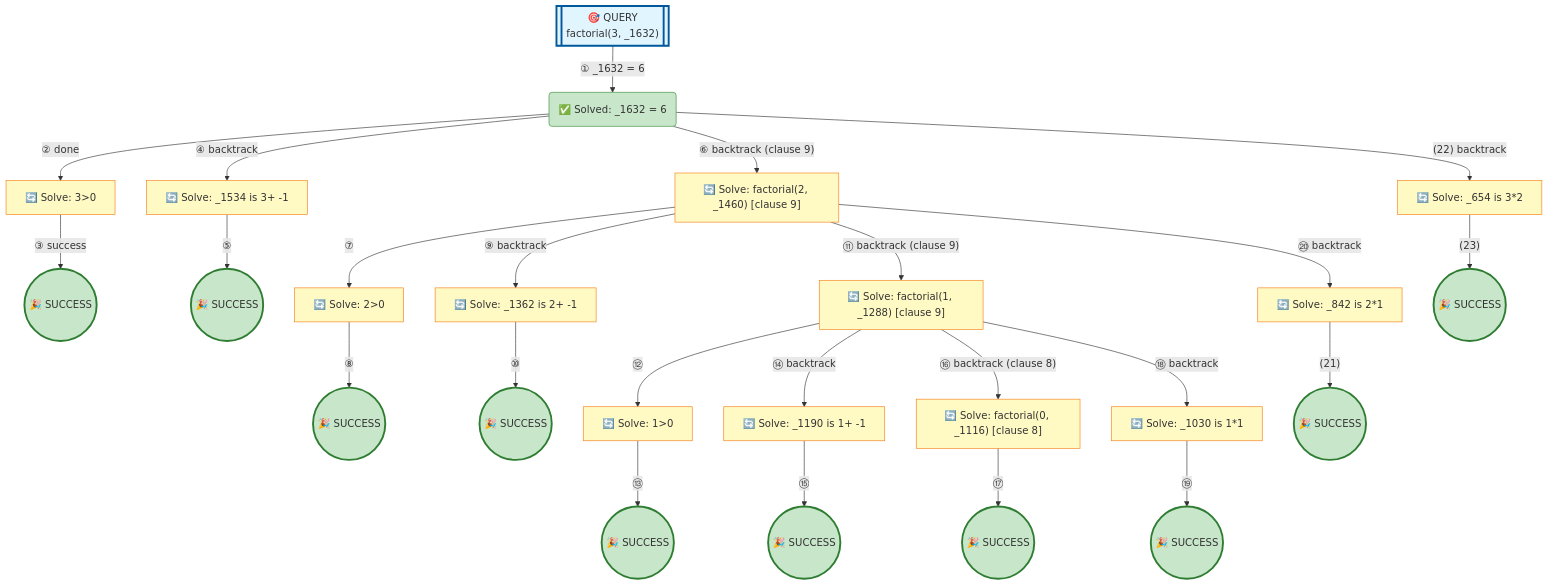
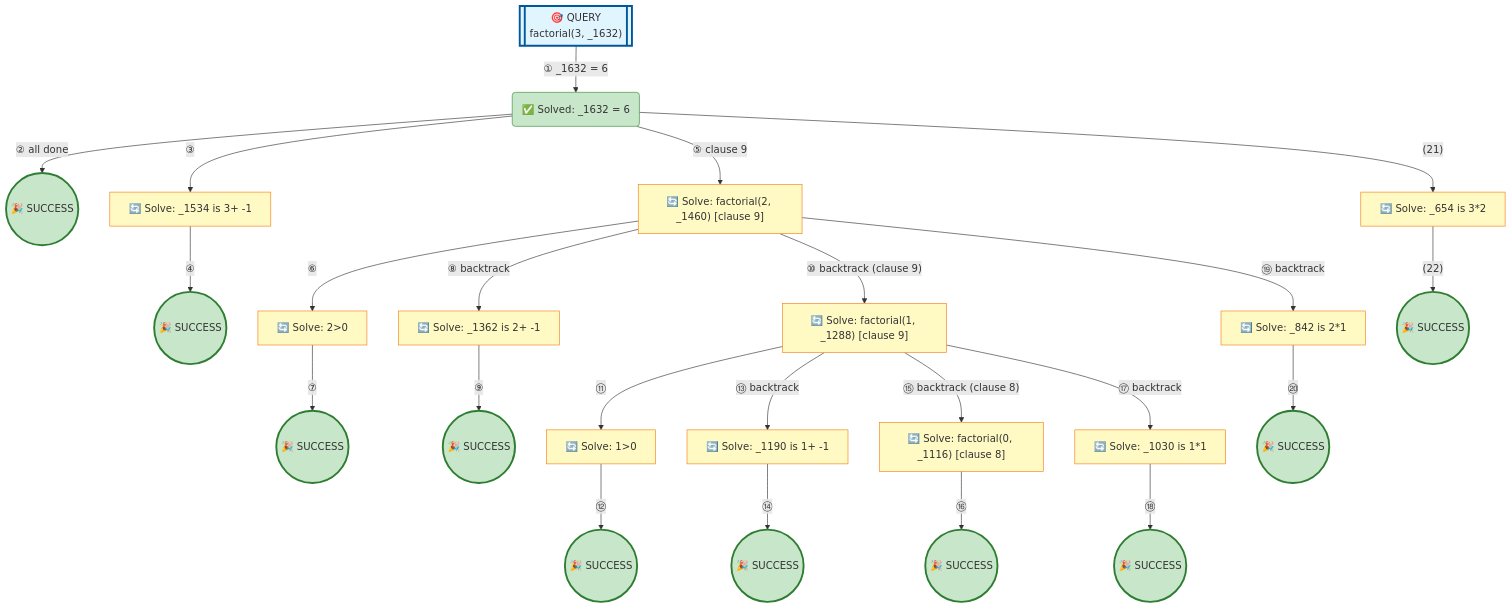
Before and after one commit to jarecsni/prolog-trace-viz: the diagram in examples/factorial-minimal.md, drawn with Mermaid. The commit also changed other lines of this file and 15 other files, not shown here.

````diff
--- a/examples/factorial-minimal.md
+++ b/examples/factorial-minimal.md
@@ -16,80 +16,77 @@
 ```mermaid
 graph TD
 
 %% Nodes
 A[["🎯 QUERY<br/>factorial(3, _1632)"]]
 B("✅ Solved: _1632 = 6")
-C["🔄 Solve: 3>0"]
 D(("🎉 SUCCESS"))
 E["🔄 Solve: _1534 is 3+ -1"]
 F(("🎉 SUCCESS"))
 G["🔄 Solve: factorial(2, _1460) [clause 9]"]
 H["🔄 Solve: 2>0"]
 I(("🎉 SUCCESS"))
 J["🔄 Solve: _1362 is 2+ -1"]
 K(("🎉 SUCCESS"))
 L["🔄 Solve: factorial(1, _1288) [clause 9]"]
 M["🔄 Solve: 1>0"]
 N(("🎉 SUCCESS"))
 O["🔄 Solve: _1190 is 1+ -1"]
 P(("🎉 SUCCESS"))
 Q["🔄 Solve: factorial(0, _1116) [clause 8]"]
 R(("🎉 SUCCESS"))
 S["🔄 Solve: _1030 is 1*1"]
 T(("🎉 SUCCESS"))
 U["🔄 Solve: _842 is 2*1"]
 V(("🎉 SUCCESS"))
 W["🔄 Solve: _654 is 3*2"]
 X(("🎉 SUCCESS"))
 
 %% Edges
 A -->|"① _1632 = 6"| B
-B -->|"② done"| C
-C -->|"③ success"| D
-B -->|"④ backtrack"| E
-E -->|"⑤"| F
-B -->|"⑥ backtrack (clause 9)"| G
-G -->|"⑦"| H
-H -->|"⑧"| I
-G -->|"⑨ backtrack"| J
-J -->|"⑩"| K
-G -->|"⑪ backtrack (clause 9)"| L
-L -->|"⑫"| M
-M -->|"⑬"| N
-L -->|"⑭ backtrack"| O
-O -->|"⑮"| P
-L -->|"⑯ backtrack (clause 8)"| Q
-Q -->|"⑰"| R
-L -->|"⑱ backtrack"| S
-S -->|"⑲"| T
-G -->|"⑳ backtrack"| U
-U -->|"(21)"| V
-B -->|"(22) backtrack"| W
-W -->|"(23)"| X
+B -->|"② all done"| D
+B -->|"③"| E
+E -->|"④"| F
+B -->|"⑤ clause 9"| G
+G -->|"⑥"| H
+H -->|"⑦"| I
+G -->|"⑧ backtrack"| J
+J -->|"⑨"| K
+G -->|"⑩ backtrack (clause 9)"| L
+L -->|"⑪"| M
+M -->|"⑫"| N
+L -->|"⑬ backtrack"| O
+O -->|"⑭"| P
+L -->|"⑮ backtrack (clause 8)"| Q
+Q -->|"⑯"| R
+L -->|"⑰ backtrack"| S
+S -->|"⑱"| T
+G -->|"⑲ backtrack"| U
+U -->|"⑳"| V
+B -->|"(21)"| W
+W -->|"(22)"| X
 
 %% Styles
 style A fill:#e1f5ff,stroke:#01579b,stroke-width:3px
 style B fill:#c8e6c9,stroke:#388e3c
-style C fill:#fff9c4,stroke:#f57f17
 style D fill:#c8e6c9,stroke:#2e7d32,stroke-width:3px
 style E fill:#fff9c4,stroke:#f57f17
 style F fill:#c8e6c9,stroke:#2e7d32,stroke-width:3px
 style G fill:#fff9c4,stroke:#f57f17
 style H fill:#fff9c4,stroke:#f57f17
 style I fill:#c8e6c9,stroke:#2e7d32,stroke-width:3px
 style J fill:#fff9c4,stroke:#f57f17
 style K fill:#c8e6c9,stroke:#2e7d32,stroke-width:3px
 style L fill:#fff9c4,stroke:#f57f17
 style M fill:#fff9c4,stroke:#f57f17
 style N fill:#c8e6c9,stroke:#2e7d32,stroke-width:3px
 style O fill:#fff9c4,stroke:#f57f17
 style P fill:#c8e6c9,stroke:#2e7d32,stroke-width:3px
 style Q fill:#fff9c4,stroke:#f57f17
 style R fill:#c8e6c9,stroke:#2e7d32,stroke-width:3px
 style S fill:#fff9c4,stroke:#f57f17
 style T fill:#c8e6c9,stroke:#2e7d32,stroke-width:3px
 style U fill:#fff9c4,stroke:#f57f17
 style V fill:#c8e6c9,stroke:#2e7d32,stroke-width:3px
 style W fill:#fff9c4,stroke:#f57f17
 style X fill:#c8e6c9,stroke:#2e7d32,stroke-width:3px
 ```
````
